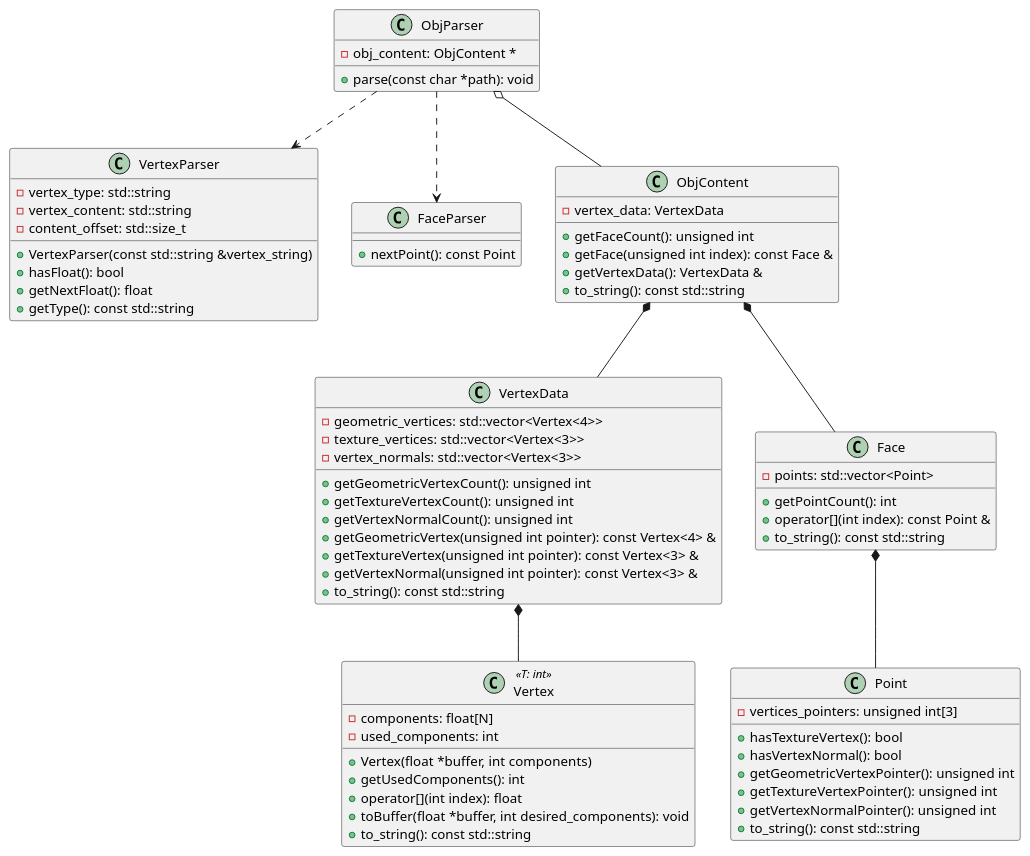
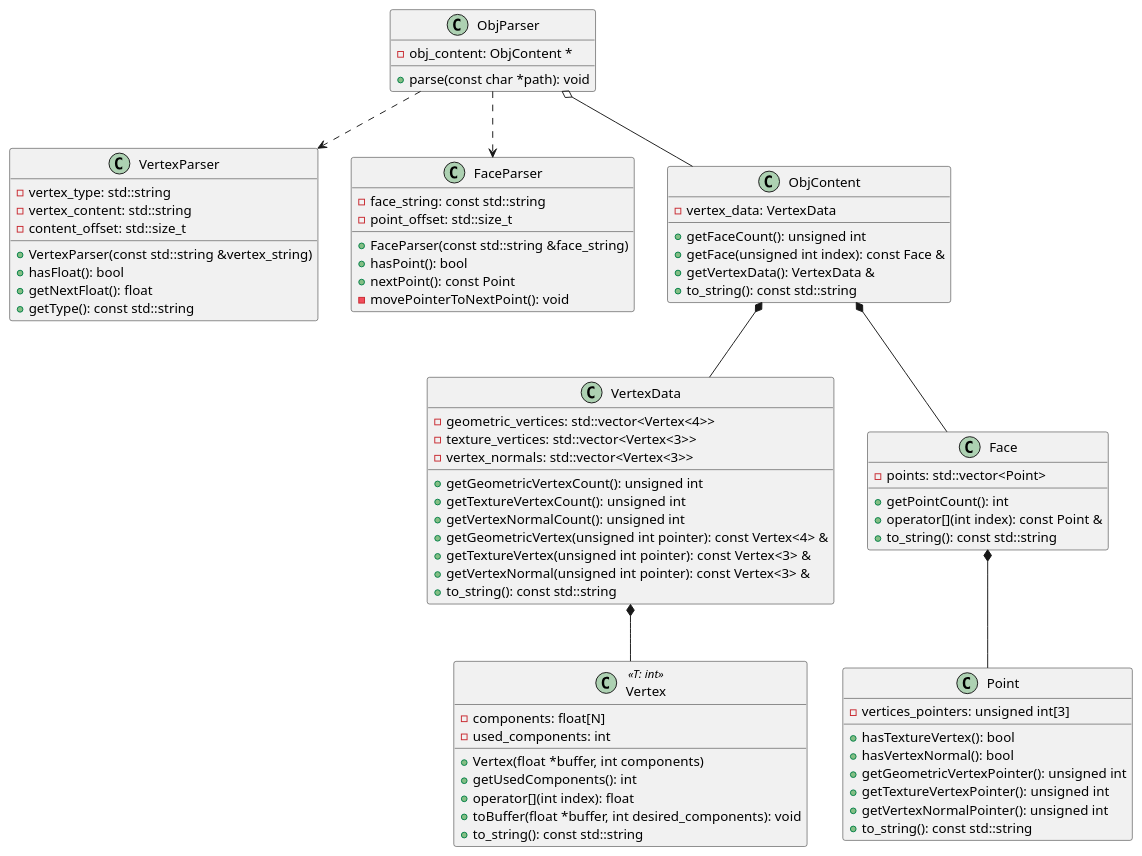
Before and after one commit to musergi/obj_parser: the diagram in obj_parser.pu, drawn with PlantUML.

Commit message:
Updated UML

```diff
--- a/obj_parser.pu
+++ b/obj_parser.pu
@@ -1,78 +1,83 @@
 @startuml
 
 class Vertex << T: int >> {
     - components: float[N]
     - used_components: int
     + Vertex(float *buffer, int components)
     + getUsedComponents(): int
     + operator[](int index): float
     + toBuffer(float *buffer, int desired_components): void
     + to_string(): const std::string
 }
 
 class VertexParser {
     - vertex_type: std::string
     - vertex_content: std::string
     - content_offset: std::size_t
     + VertexParser(const std::string &vertex_string)
     + hasFloat(): bool
     + getNextFloat(): float
     + getType(): const std::string
 }
 
 class ObjParser {
     - obj_content: ObjContent *
     + parse(const char *path): void
 }
 
 class FaceParser {
+	- face_string: const std::string
+	- point_offset: std::size_t
+	+ FaceParser(const std::string &face_string)
+	+ hasPoint(): bool
     + nextPoint(): const Point
+    - movePointerToNextPoint(): void
 }
 
 class VertexData {
     - geometric_vertices: std::vector<Vertex<4>>
     - texture_vertices: std::vector<Vertex<3>>
     - vertex_normals: std::vector<Vertex<3>>
     + getGeometricVertexCount(): unsigned int
     + getTextureVertexCount(): unsigned int
     + getVertexNormalCount(): unsigned int
     + getGeometricVertex(unsigned int pointer): const Vertex<4> &
     + getTextureVertex(unsigned int pointer): const Vertex<3> &
     + getVertexNormal(unsigned int pointer): const Vertex<3> &
     + to_string(): const std::string
 }
 
 class ObjContent {
     - vertex_data: VertexData
     + getFaceCount(): unsigned int
     + getFace(unsigned int index): const Face &
     + getVertexData(): VertexData &
     + to_string(): const std::string
 }
 
 class Face {
     - points: std::vector<Point>
     + getPointCount(): int
     + operator[](int index): const Point &
     + to_string(): const std::string
 }
 
 class Point {
     - vertices_pointers: unsigned int[3]
     + hasTextureVertex(): bool
     + hasVertexNormal(): bool
     + getGeometricVertexPointer(): unsigned int
     + getTextureVertexPointer(): unsigned int
     + getVertexNormalPointer(): unsigned int
     + to_string(): const std::string
 }
 
 ObjContent *-- VertexData
 VertexData *-- Vertex
 ObjContent *-- Face
 Face *-- Point
 ObjParser o-- ObjContent 
 ObjParser ..> VertexParser
 ObjParser ..> FaceParser
 
 @enduml
```
